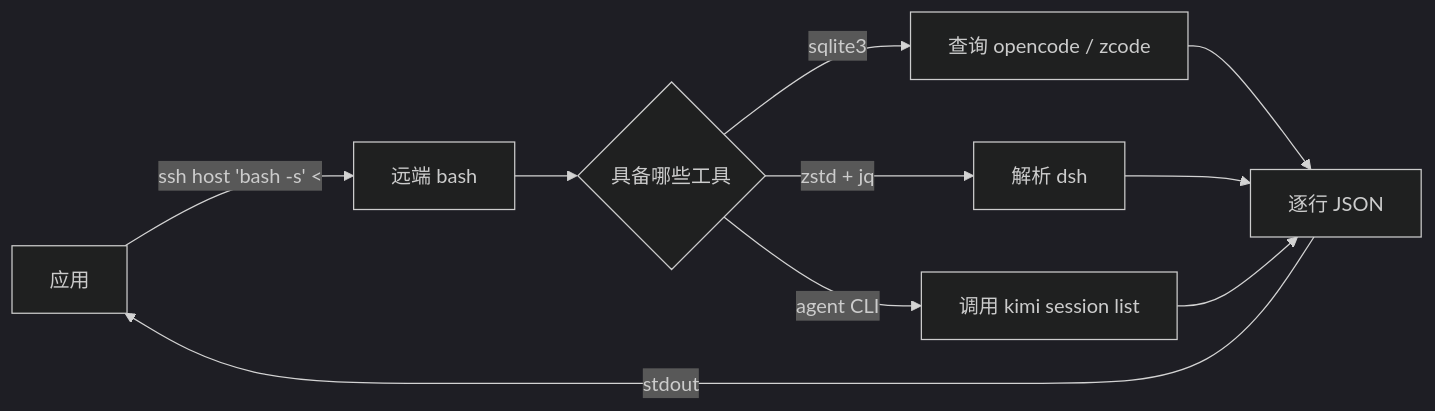
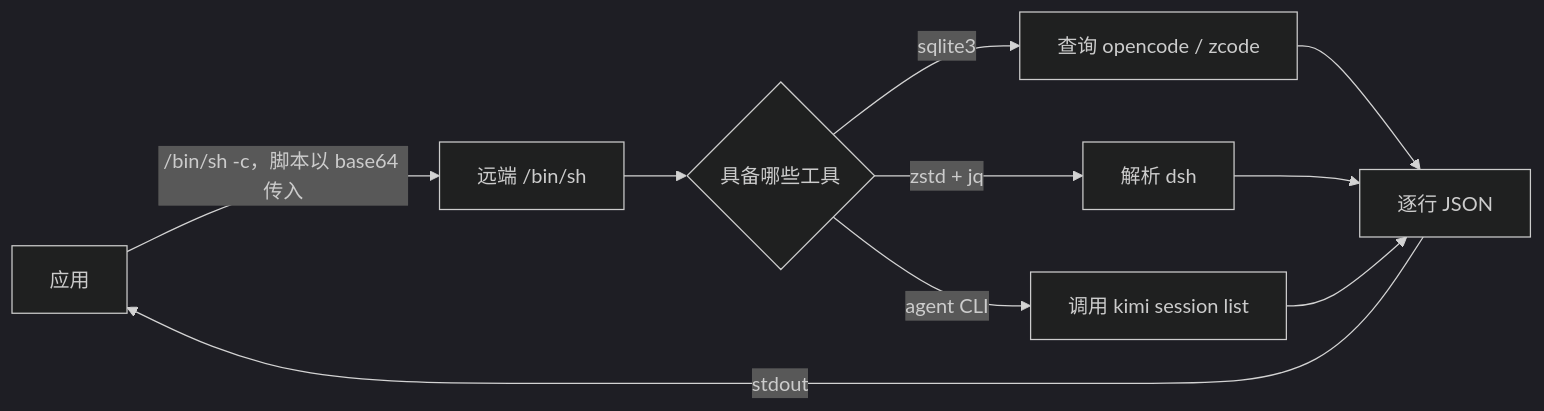
The fifth of 6 diagrams in 05-技术方案.md (collegeming/rmAgentMa), drawn with Mermaid (dark theme) before and after one commit. The commit also changed other lines of this file and 51 other files, not shown here.

````diff
--- a/05-技术方案.md
+++ b/05-技术方案.md
@@ -215,12 +235,12 @@
 ```mermaid
 flowchart LR
-    A["应用"] -->|"ssh host 'bash -s' <<EOF"| B["远端 bash"]
+    A["应用"] -->|"/bin/sh -c，脚本以 base64 传入"| B["远端 /bin/sh"]
     B --> C{"具备哪些工具"}
     C -->|sqlite3| D["查询 opencode / zcode"]
     C -->|zstd + jq| E["解析 dsh"]
     C -->|agent CLI| F["调用 kimi session list"]
     D --> G["逐行 JSON"]
     E --> G
     F --> G
     G -->|stdout| A
 ```
````
